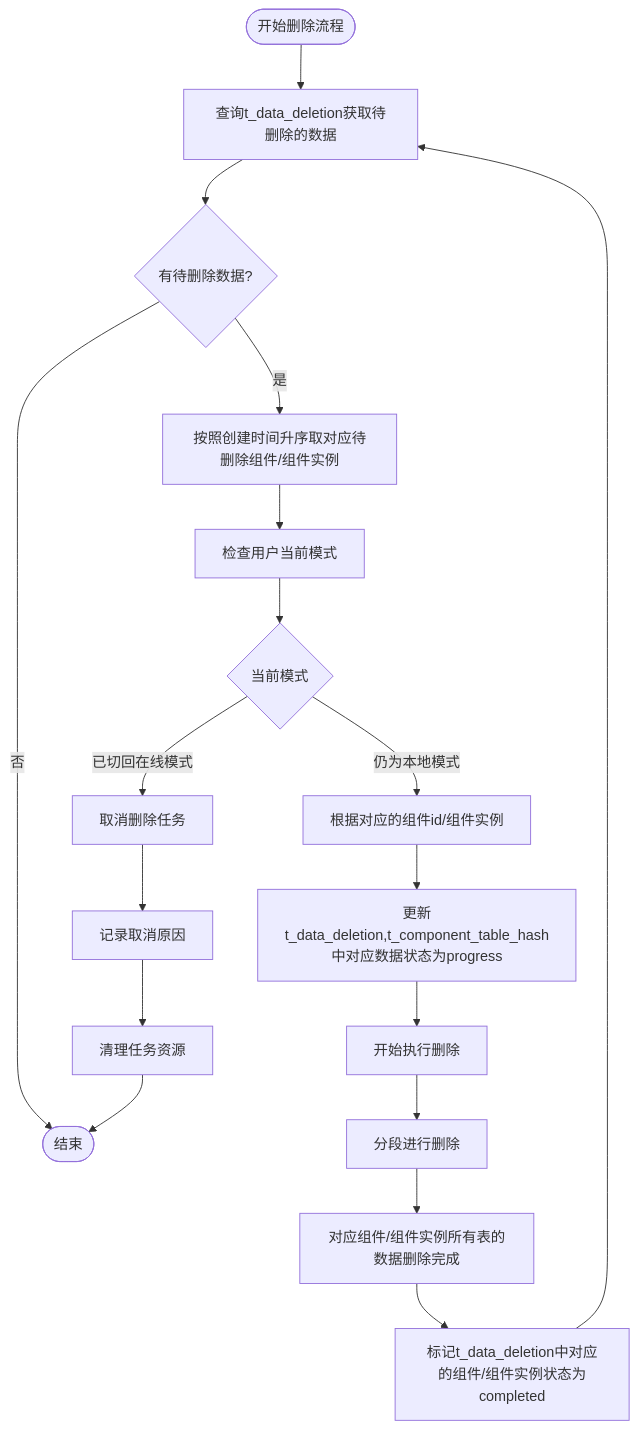
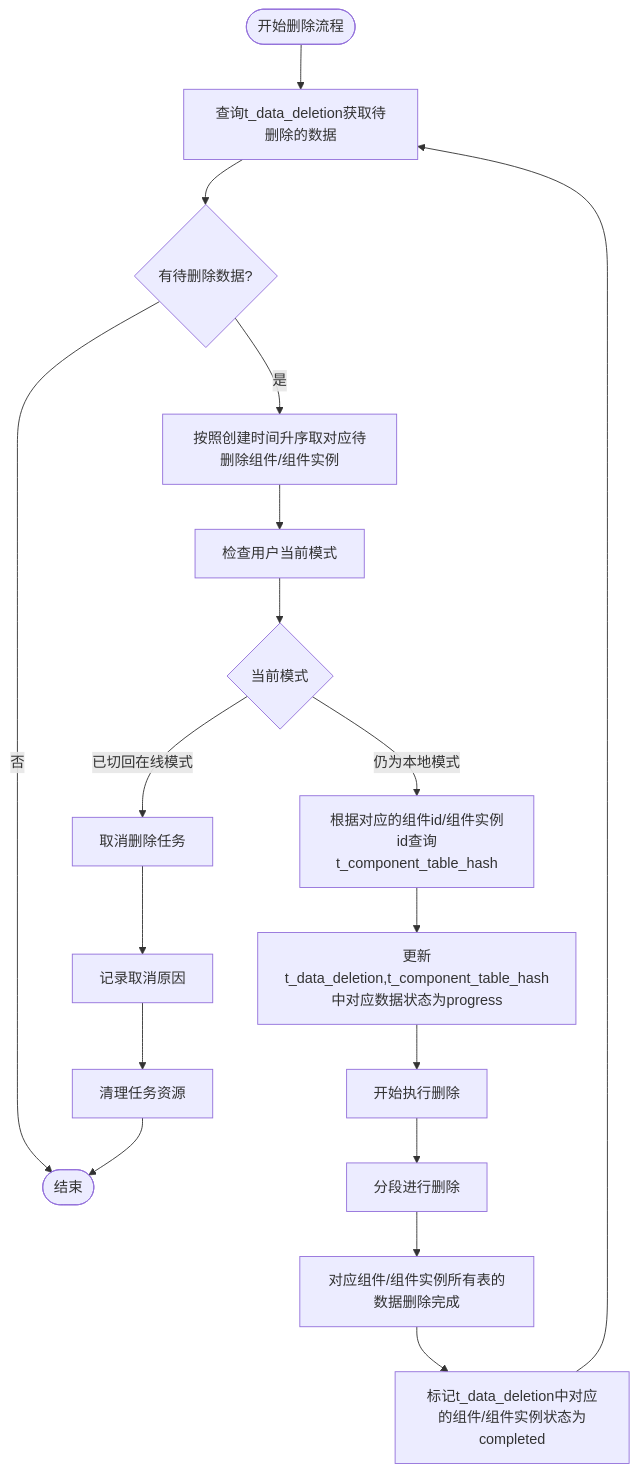
Before and after one commit to yingjianzh/iodraw-files: the diagram in all/未命名-51.md, drawn with Mermaid.

Commit message:
2025-05-08 15:44:44 update

````diff
--- a/all/未命名-51.md
+++ b/all/未命名-51.md
@@ -1,28 +1,28 @@
 ```mermaid
 flowchart TD
     Start([开始删除流程]) --> FetchTasks[查询t_data_deletion获取待删除的数据]
     FetchTasks --> HasTasks{有待删除数据?}
     
     HasTasks -->|否| End([结束])
     HasTasks -->|是| PrioritizeTasks[按照创建时间升序取对应待删除组件/组件实例]
     
     PrioritizeTasks --> CheckUserMode[检查用户当前模式]
     
     CheckUserMode --> CurrentMode{当前模式}
     CurrentMode -->|已切回在线模式| TaskCancel[取消删除任务]
-    CurrentMode -->|仍为本地模式| LockTask[根据对应的组件id/组件实例]
+    CurrentMode -->|仍为本地模式| LockTask[根据对应的组件id/组件实例id查询t_component_table_hash]
     
     LockTask --> UpdateStatus[更新t_data_deletion,t_component_table_hash中对应数据状态为progress]
     UpdateStatus --> BeginDeletion[开始执行删除]
     
     BeginDeletion --> A[分段进行删除]
     
     A --> B[对应组件/组件实例所有表的数据删除完成]
     B --> MarkCompleted[标记t_data_deletion中对应的组件/组件实例状态为completed]
     
     TaskCancel --> LogCancellation[记录取消原因]
     LogCancellation --> CleanupTask[清理任务资源]
     
     MarkCompleted --> FetchTasks
     CleanupTask --> End
 ```
````
